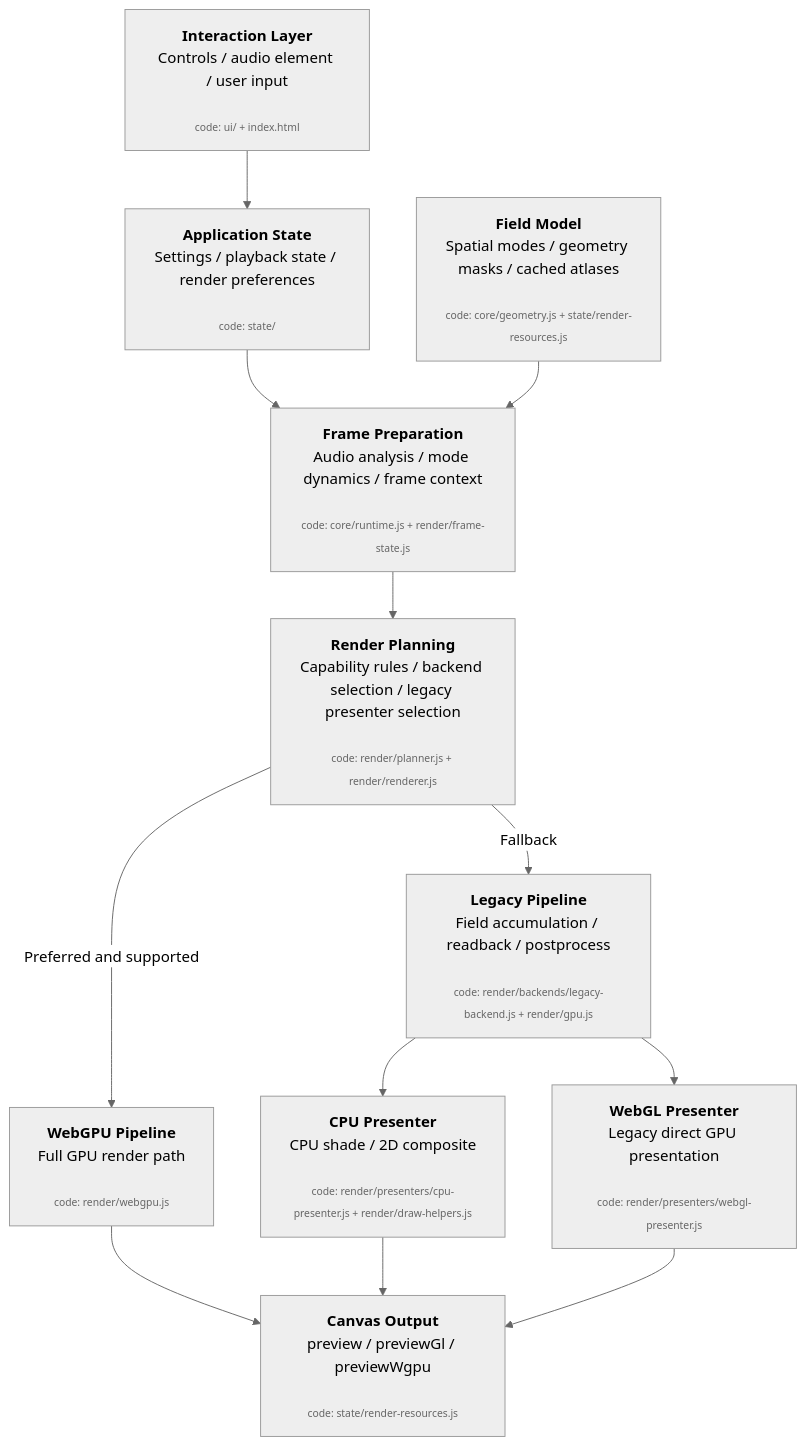
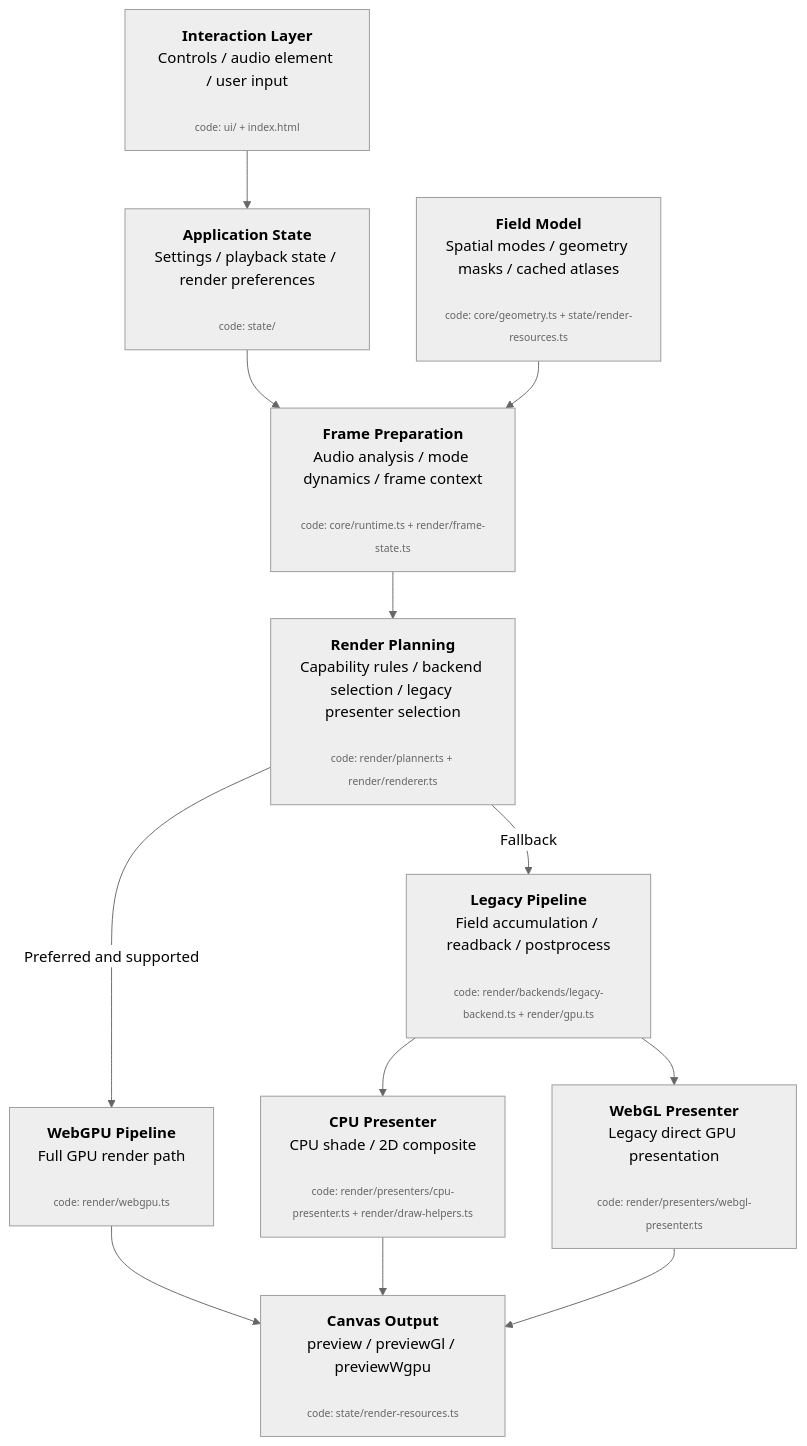
One commit to whwhwhat/seesound changed the diagram in audio-reactive-video/docs/architecture.md. Above: the diagram before and after it, drawn with Mermaid (neutral theme). The commit also changed other lines of this file and 11 other files, not shown here.

````diff
--- a/audio-reactive-video/docs/architecture.md
+++ b/audio-reactive-video/docs/architecture.md
@@ -1,37 +7,37 @@
 ```mermaid
 flowchart TB
   UI["<b>Interaction Layer</b><br/>Controls / audio element / user input<br/><br/><span style='font-size:11px;color:#666'>code: ui/ + index.html</span>"]
 
   APP["<b>Application State</b><br/>Settings / playback state / render preferences<br/><br/><span style='font-size:11px;color:#666'>code: state/</span>"]
 
-  FIELD["<b>Field Model</b><br/>Spatial modes / geometry masks / cached atlases<br/><br/><span style='font-size:11px;color:#666'>code: core/geometry.js + state/render-resources.js</span>"]
+  FIELD["<b>Field Model</b><br/>Spatial modes / geometry masks / cached atlases<br/><br/><span style='font-size:11px;color:#666'>code: core/geometry.ts + state/render-resources.ts</span>"]
 
-  FRAME["<b>Frame Preparation</b><br/>Audio analysis / mode dynamics / frame context<br/><br/><span style='font-size:11px;color:#666'>code: core/runtime.js + render/frame-state.js</span>"]
+  FRAME["<b>Frame Preparation</b><br/>Audio analysis / mode dynamics / frame context<br/><br/><span style='font-size:11px;color:#666'>code: core/runtime.ts + render/frame-state.ts</span>"]
 
-  PLAN["<b>Render Planning</b><br/>Capability rules / backend selection / legacy presenter selection<br/><br/><span style='font-size:11px;color:#666'>code: render/planner.js + render/renderer.js</span>"]
+  PLAN["<b>Render Planning</b><br/>Capability rules / backend selection / legacy presenter selection<br/><br/><span style='font-size:11px;color:#666'>code: render/planner.ts + render/renderer.ts</span>"]
 
-  WGPU["<b>WebGPU Pipeline</b><br/>Full GPU render path<br/><br/><span style='font-size:11px;color:#666'>code: render/webgpu.js</span>"]
+  WGPU["<b>WebGPU Pipeline</b><br/>Full GPU render path<br/><br/><span style='font-size:11px;color:#666'>code: render/webgpu.ts</span>"]
 
-  LEGACY["<b>Legacy Pipeline</b><br/>Field accumulation / readback / postprocess<br/><br/><span style='font-size:11px;color:#666'>code: render/backends/legacy-backend.js + render/gpu.js</span>"]
+  LEGACY["<b>Legacy Pipeline</b><br/>Field accumulation / readback / postprocess<br/><br/><span style='font-size:11px;color:#666'>code: render/backends/legacy-backend.ts + render/gpu.ts</span>"]
 
-  CPU["<b>CPU Presenter</b><br/>CPU shade / 2D composite<br/><br/><span style='font-size:11px;color:#666'>code: render/presenters/cpu-presenter.js + render/draw-helpers.js</span>"]
+  CPU["<b>CPU Presenter</b><br/>CPU shade / 2D composite<br/><br/><span style='font-size:11px;color:#666'>code: render/presenters/cpu-presenter.ts + render/draw-helpers.ts</span>"]
 
-  WEBGL["<b>WebGL Presenter</b><br/>Legacy direct GPU presentation<br/><br/><span style='font-size:11px;color:#666'>code: render/presenters/webgl-presenter.js</span>"]
+  WEBGL["<b>WebGL Presenter</b><br/>Legacy direct GPU presentation<br/><br/><span style='font-size:11px;color:#666'>code: render/presenters/webgl-presenter.ts</span>"]
 
-  OUT["<b>Canvas Output</b><br/>preview / previewGl / previewWgpu<br/><br/><span style='font-size:11px;color:#666'>code: state/render-resources.js</span>"]
+  OUT["<b>Canvas Output</b><br/>preview / previewGl / previewWgpu<br/><br/><span style='font-size:11px;color:#666'>code: state/render-resources.ts</span>"]
 
   UI --> APP
   APP --> FRAME
   FIELD --> FRAME
   FRAME --> PLAN
 
   PLAN -->|Preferred and supported| WGPU
   PLAN -->|Fallback| LEGACY
 
   LEGACY --> CPU
   LEGACY --> WEBGL
 
   WGPU --> OUT
   CPU --> OUT
   WEBGL --> OUT
 ```
````
